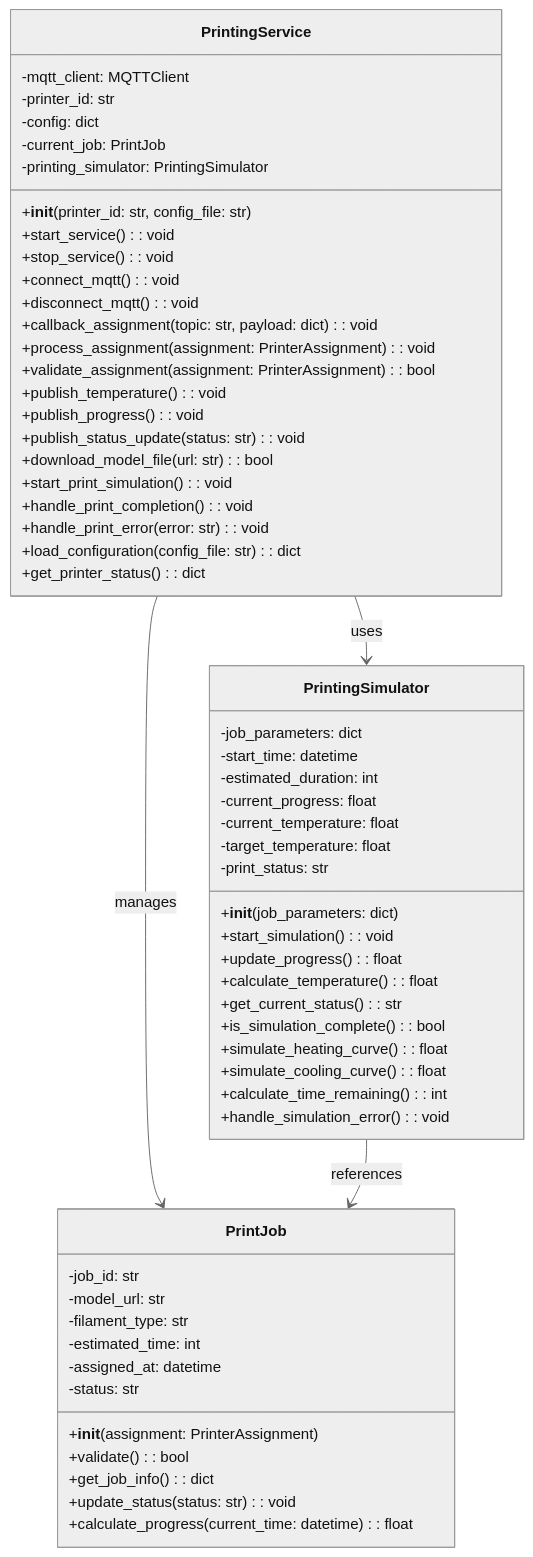
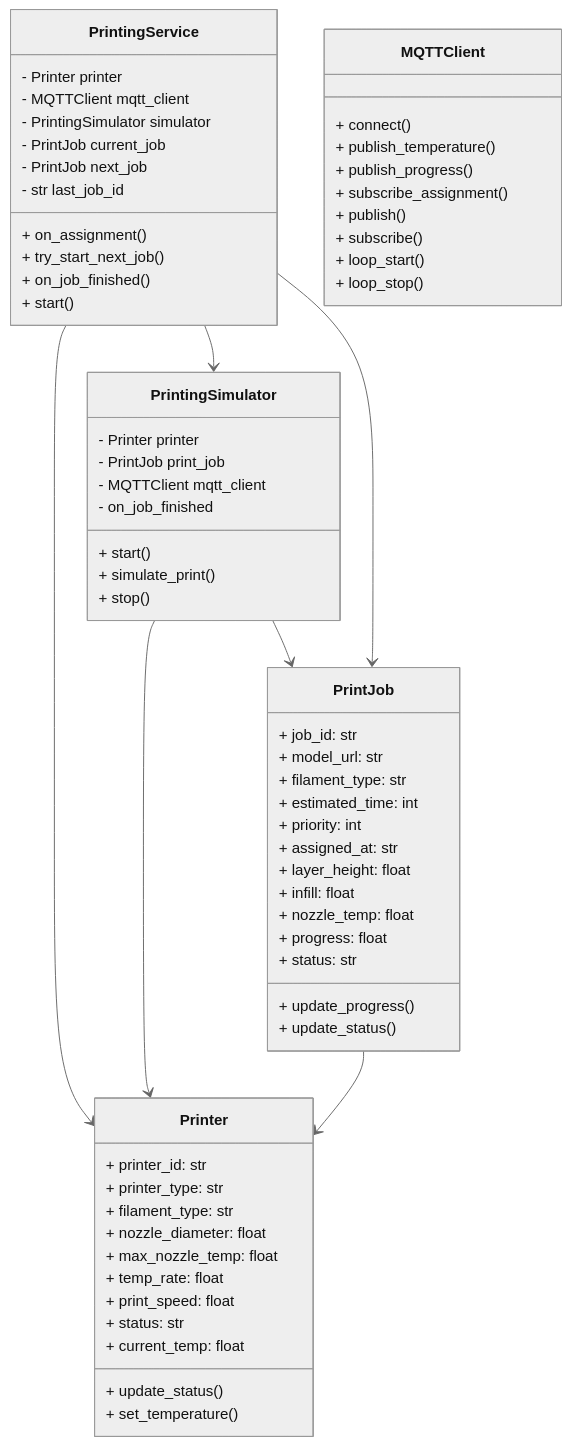
One commit to leonardosos/3D_Printer_Lab changed the diagram in st_printer/README.md. Above: the diagram before and after it, drawn with Mermaid (neutral theme). The commit also changed other lines of this file and 25 other files, not shown here.

````diff
--- a/st_printer/README.md
+++ b/st_printer/README.md
@@ -158,72 +190,73 @@
 ```mermaid
 classDiagram
     class PrintingService {
-        -mqtt_client: MQTTClient
-        -printer_id: str
-        -config: dict
-        -current_job: PrintJob
-        -printing_simulator: PrintingSimulator
-
-        +__init__(printer_id: str, config_file: str)
-        +start_service(): void
-        +stop_service(): void
-        +connect_mqtt(): void
-        +disconnect_mqtt(): void
-
-        +callback_assignment(topic: str, payload: dict): void
-        +process_assignment(assignment: PrinterAssignment): void
-        +validate_assignment(assignment: PrinterAssignment): bool
-
-        +publish_temperature(): void
-        +publish_progress(): void
-        +publish_status_update(status: str): void
-
-        +download_model_file(url: str): bool
-        +start_print_simulation(): void
-        +handle_print_completion(): void
-        +handle_print_error(error: str): void
-
-        +load_configuration(config_file: str): dict
-        +get_printer_status(): dict
+        - Printer printer
+        - MQTTClient mqtt_client
+        - PrintingSimulator simulator
+        - PrintJob current_job
+        - PrintJob next_job
+        - str last_job_id
+        + on_assignment()
+        + try_start_next_job()
+        + on_job_finished()
+        + start()
     }
 
     class PrintingSimulator {
-        -job_parameters: dict
-        -start_time: datetime
-        -estimated_duration: int
-        -current_progress: float
-        -current_temperature: float
-        -target_temperature: float
-        -print_status: str
-        
-        +__init__(job_parameters: dict)
-        +start_simulation(): void
-        +update_progress(): float
-        +calculate_temperature(): float
-        +get_current_status(): str
-        +is_simulation_complete(): bool
-        +simulate_heating_curve(): float
-        +simulate_cooling_curve(): float
-        +calculate_time_remaining(): int
-        +handle_simulation_error(): void
+        - Printer printer
+        - PrintJob print_job
+        - MQTTClient mqtt_client
+        - on_job_finished
+        + start()
+        + simulate_print()
+        + stop()
     }
 
     class PrintJob {
-        -job_id: str
-        -model_url: str
-        -filament_type: str
-        -estimated_time: int
-        -assigned_at: datetime
-        -status: str
-        
-        +__init__(assignment: PrinterAssignment)
-        +validate(): bool
-        +get_job_info(): dict
-        +update_status(status: str): void
-        +calculate_progress(current_time: datetime): float
+        + job_id: str
+        + model_url: str
+        + filament_type: str
+        + estimated_time: int
+        + priority: int
+        + assigned_at: str
+        + layer_height: float
+        + infill: float
+        + nozzle_temp: float
+        + progress: float
+        + status: str
+        + update_progress()
+        + update_status()
     }
 
-    PrintingService --> PrintingSimulator : uses
-    PrintingService --> PrintJob : manages
-    PrintingSimulator --> PrintJob : references
+    class Printer {
+        + printer_id: str
+        + printer_type: str
+        + filament_type: str
+        + nozzle_diameter: float
+        + max_nozzle_temp: float
+        + temp_rate: float
+        + print_speed: float
+        + status: str
+        + current_temp: float
+        + update_status()
+        + set_temperature()
+    }
+
+    class MQTTClient {
+        + connect()
+        + publish_temperature()
+        + publish_progress()
+        + subscribe_assignment()
+        + publish()
+        + subscribe()
+        + loop_start()
+        + loop_stop()
+    }
+
+    PrintingService --> Printer
+    PrintingService --> PrintingSimulator
+    PrintingSimulator --> Printer
+    PrintingSimulator --> PrintJob
+    PrintingService --> PrintJob
+    PrintJob --> Printer
 ```
````
